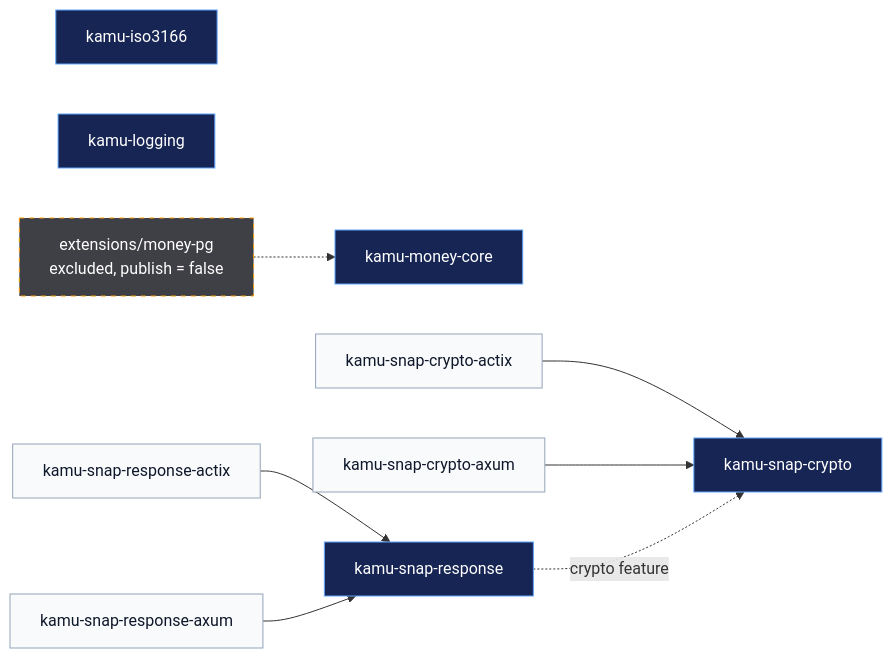
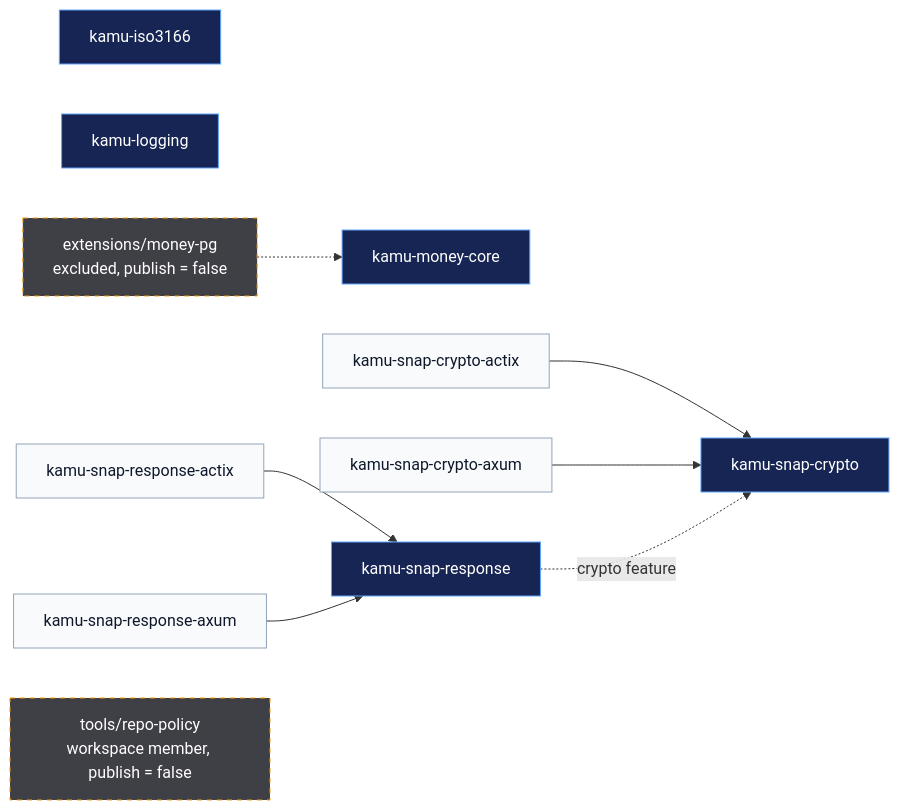
Before and after one commit to pt-immer/kamu-public-crates: the diagram in README.md, drawn with Mermaid. The commit also changed other lines of this file and 22 other files, not shown here.

````diff
--- a/README.md
+++ b/README.md
@@ -36,23 +36,24 @@
 ```mermaid
 flowchart LR
     ISO["kamu-iso3166"]
     LOG["kamu-logging"]
     MONEY["kamu-money-core"]
 
     CRYPTO["kamu-snap-crypto"]
     RESPONSE["kamu-snap-response"]
     CRYPTO_ACTIX["kamu-snap-crypto-actix"] --> CRYPTO
     CRYPTO_AXUM["kamu-snap-crypto-axum"] --> CRYPTO
     RESPONSE_ACTIX["kamu-snap-response-actix"] --> RESPONSE
     RESPONSE_AXUM["kamu-snap-response-axum"] --> RESPONSE
     RESPONSE -. "crypto feature" .-> CRYPTO
 
     PG["extensions/money-pg<br/>excluded, publish = false"] -.-> MONEY
+    POLICY["tools/repo-policy<br/>workspace member, publish = false"]
 
     classDef leaf fill:#172554,color:#fff,stroke:#60a5fa
     classDef adapter fill:#f8fafc,color:#0f172a,stroke:#94a3b8
-    classDef lane fill:#3f3f46,color:#fff,stroke:#f59e0b,stroke-dasharray: 5 5
+    classDef unpublished fill:#3f3f46,color:#fff,stroke:#f59e0b,stroke-dasharray: 5 5
     class ISO,LOG,MONEY,CRYPTO,RESPONSE leaf
     class CRYPTO_ACTIX,CRYPTO_AXUM,RESPONSE_ACTIX,RESPONSE_AXUM adapter
-    class PG lane
+    class PG,POLICY unpublished
 ```
````
